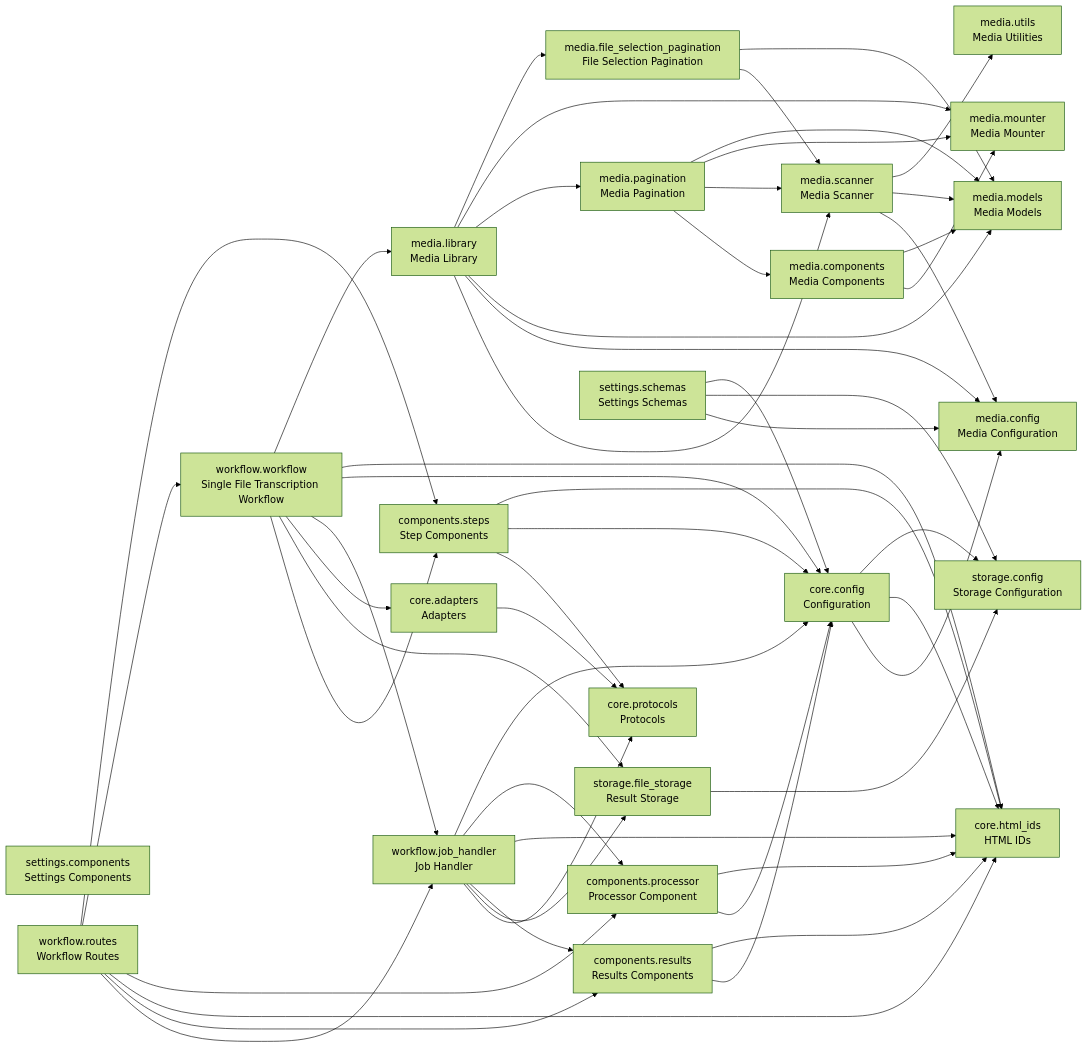
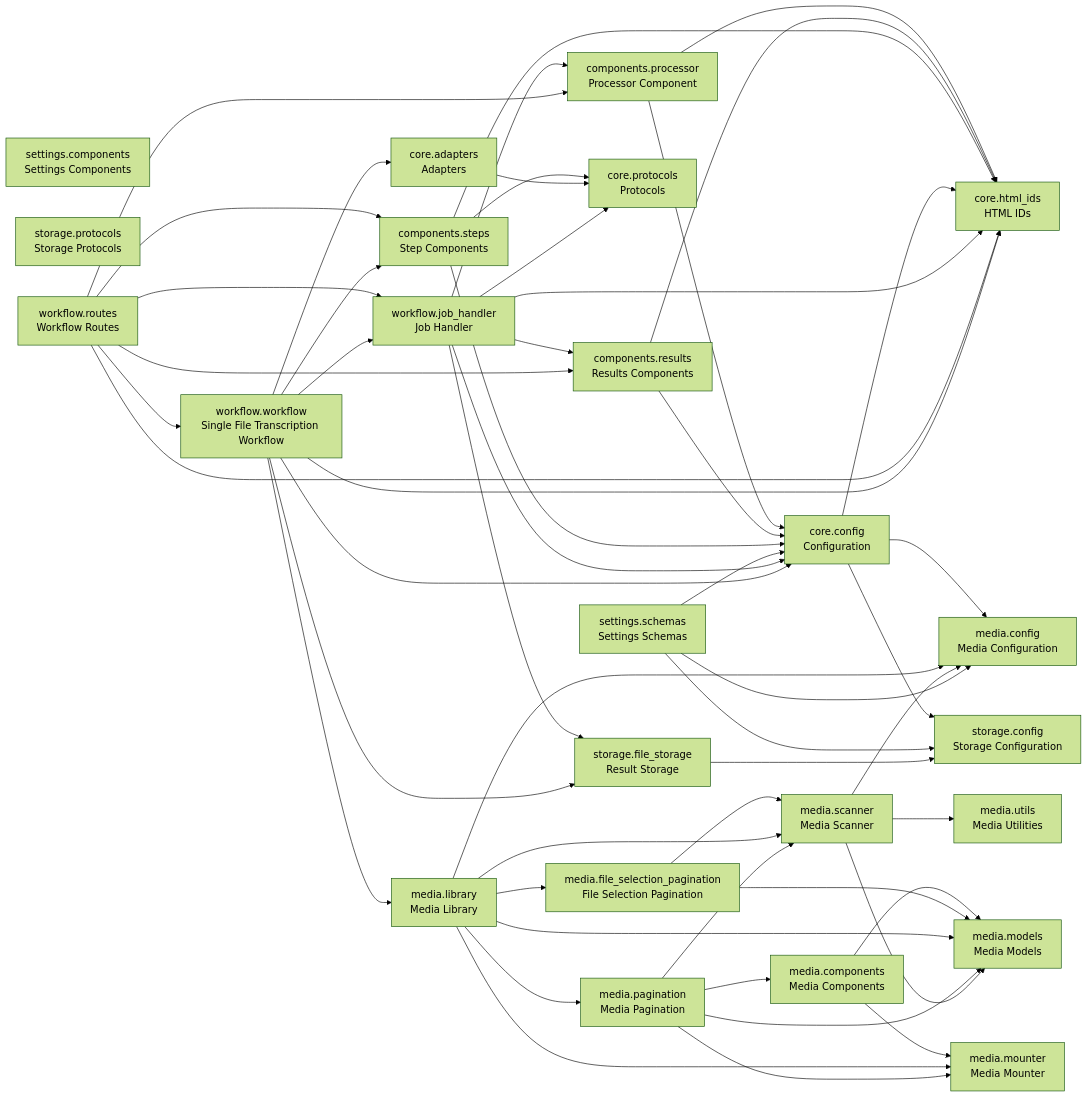
The diagram in README.md (cj-mills/cjm-fasthtml-workflow-transcription-single-file), drawn with Mermaid (forest theme) before and after one commit. The commit also changed other lines of this file and 7 other files, not shown here.

````diff
--- a/README.md
+++ b/README.md
@@ -49,78 +50,79 @@
 ``` mermaid
 graph LR
     components_processor[components.processor<br/>Processor Component]
     components_results[components.results<br/>Results Components]
     components_steps[components.steps<br/>Step Components]
     core_adapters[core.adapters<br/>Adapters]
     core_config[core.config<br/>Configuration]
     core_html_ids[core.html_ids<br/>HTML IDs]
     core_protocols[core.protocols<br/>Protocols]
     media_components[media.components<br/>Media Components]
     media_config[media.config<br/>Media Configuration]
     media_file_selection_pagination[media.file_selection_pagination<br/>File Selection Pagination]
     media_library[media.library<br/>Media Library]
     media_models[media.models<br/>Media Models]
     media_mounter[media.mounter<br/>Media Mounter]
     media_pagination[media.pagination<br/>Media Pagination]
     media_scanner[media.scanner<br/>Media Scanner]
     media_utils[media.utils<br/>Media Utilities]
     settings_components[settings.components<br/>Settings Components]
     settings_schemas[settings.schemas<br/>Settings Schemas]
     storage_config[storage.config<br/>Storage Configuration]
     storage_file_storage[storage.file_storage<br/>Result Storage]
+    storage_protocols[storage.protocols<br/>Storage Protocols]
     workflow_job_handler[workflow.job_handler<br/>Job Handler]
     workflow_routes[workflow.routes<br/>Workflow Routes]
     workflow_workflow[workflow.workflow<br/>Single File Transcription Workflow]
 
     components_processor --> core_config
     components_processor --> core_html_ids
     components_results --> core_config
     components_results --> core_html_ids
     components_steps --> core_protocols
     components_steps --> core_config
     components_steps --> core_html_ids
     core_adapters --> core_protocols
+    core_config --> core_html_ids
     core_config --> media_config
-    core_config --> core_html_ids
     core_config --> storage_config
     media_components --> media_mounter
     media_components --> media_models
+    media_file_selection_pagination --> media_models
     media_file_selection_pagination --> media_scanner
-    media_file_selection_pagination --> media_models
     media_library --> media_scanner
     media_library --> media_config
     media_library --> media_models
+    media_library --> media_file_selection_pagination
     media_library --> media_pagination
     media_library --> media_mounter
-    media_library --> media_file_selection_pagination
+    media_pagination --> media_mounter
     media_pagination --> media_components
+    media_pagination --> media_models
     media_pagination --> media_scanner
-    media_pagination --> media_mounter
-    media_pagination --> media_models
+    media_scanner --> media_utils
     media_scanner --> media_config
     media_scanner --> media_models
-    media_scanner --> media_utils
+    settings_schemas --> core_config
     settings_schemas --> media_config
     settings_schemas --> storage_config
-    settings_schemas --> core_config
     storage_file_storage --> storage_config
     workflow_job_handler --> core_protocols
-    workflow_job_handler --> storage_file_storage
-    workflow_job_handler --> components_results
     workflow_job_handler --> core_html_ids
     workflow_job_handler --> components_processor
+    workflow_job_handler --> components_results
     workflow_job_handler --> core_config
-    workflow_routes --> workflow_job_handler
-    workflow_routes --> components_results
+    workflow_job_handler --> storage_file_storage
     workflow_routes --> core_html_ids
     workflow_routes --> components_processor
     workflow_routes --> workflow_workflow
     workflow_routes --> components_steps
+    workflow_routes --> components_results
+    workflow_routes --> workflow_job_handler
+    workflow_workflow --> storage_file_storage
+    workflow_workflow --> media_library
+    workflow_workflow --> workflow_job_handler
     workflow_workflow --> components_steps
-    workflow_workflow --> storage_file_storage
-    workflow_workflow --> core_adapters
-    workflow_workflow --> workflow_job_handler
     workflow_workflow --> core_config
     workflow_workflow --> core_html_ids
-    workflow_workflow --> media_library
+    workflow_workflow --> core_adapters
 ```
````
